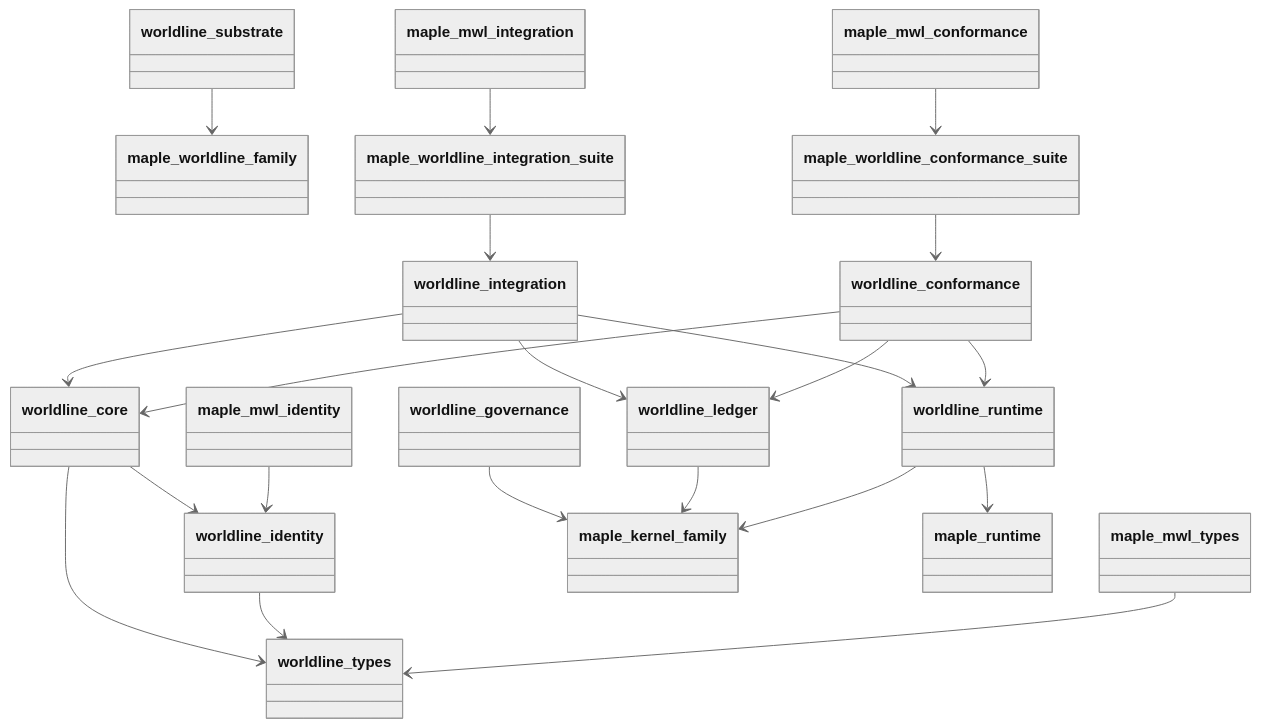
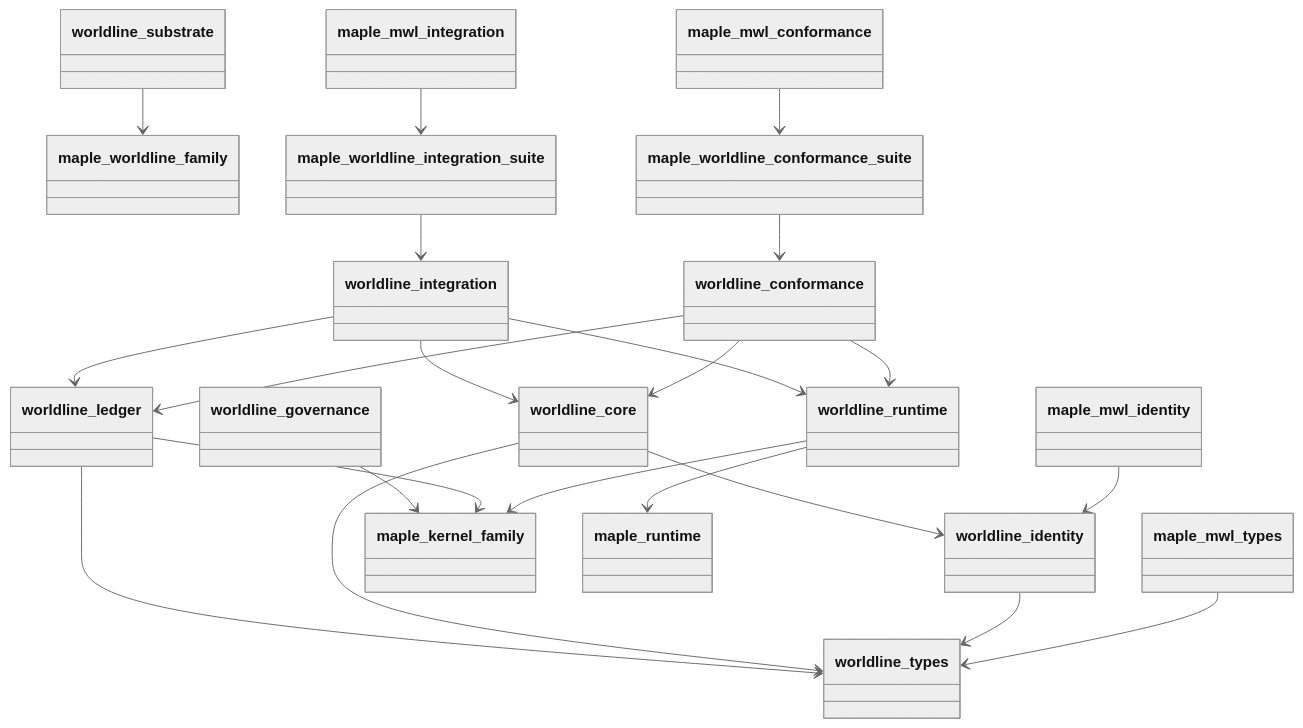
One commit to mapleaiorg/maple changed the second of 2 diagrams in docs/architecture/02-crate-layout.md. Above: the diagram before and after it, drawn with Mermaid (neutral theme). The commit also changed other lines of this file and 14 other files, not shown here.

Commit message:
worldline ledger

````diff
--- a/docs/architecture/02-crate-layout.md
+++ b/docs/architecture/02-crate-layout.md
@@ -120,43 +122,44 @@
 ```mermaid
 classDiagram
   class worldline_types
   class worldline_identity
   class worldline_core
   class worldline_runtime
   class worldline_ledger
   class worldline_governance
   class worldline_substrate
   class worldline_conformance
   class worldline_integration
 
   class maple_mwl_types
   class maple_mwl_identity
   class maple_kernel_family
   class maple_runtime
   class maple_worldline_family
   class maple_worldline_conformance_suite
   class maple_worldline_integration_suite
   class maple_mwl_conformance
   class maple_mwl_integration
 
   maple_mwl_types --> worldline_types
   maple_mwl_identity --> worldline_identity
   worldline_identity --> worldline_types
   worldline_core --> worldline_types
   worldline_core --> worldline_identity
   worldline_runtime --> maple_runtime
   worldline_runtime --> maple_kernel_family
+  worldline_ledger --> worldline_types
   worldline_ledger --> maple_kernel_family
   worldline_governance --> maple_kernel_family
   worldline_substrate --> maple_worldline_family
   maple_worldline_conformance_suite --> worldline_conformance
   maple_mwl_conformance --> maple_worldline_conformance_suite
   worldline_conformance --> worldline_core
   worldline_conformance --> worldline_runtime
   worldline_conformance --> worldline_ledger
   maple_worldline_integration_suite --> worldline_integration
   maple_mwl_integration --> maple_worldline_integration_suite
   worldline_integration --> worldline_core
   worldline_integration --> worldline_runtime
   worldline_integration --> worldline_ledger
 ```
````
